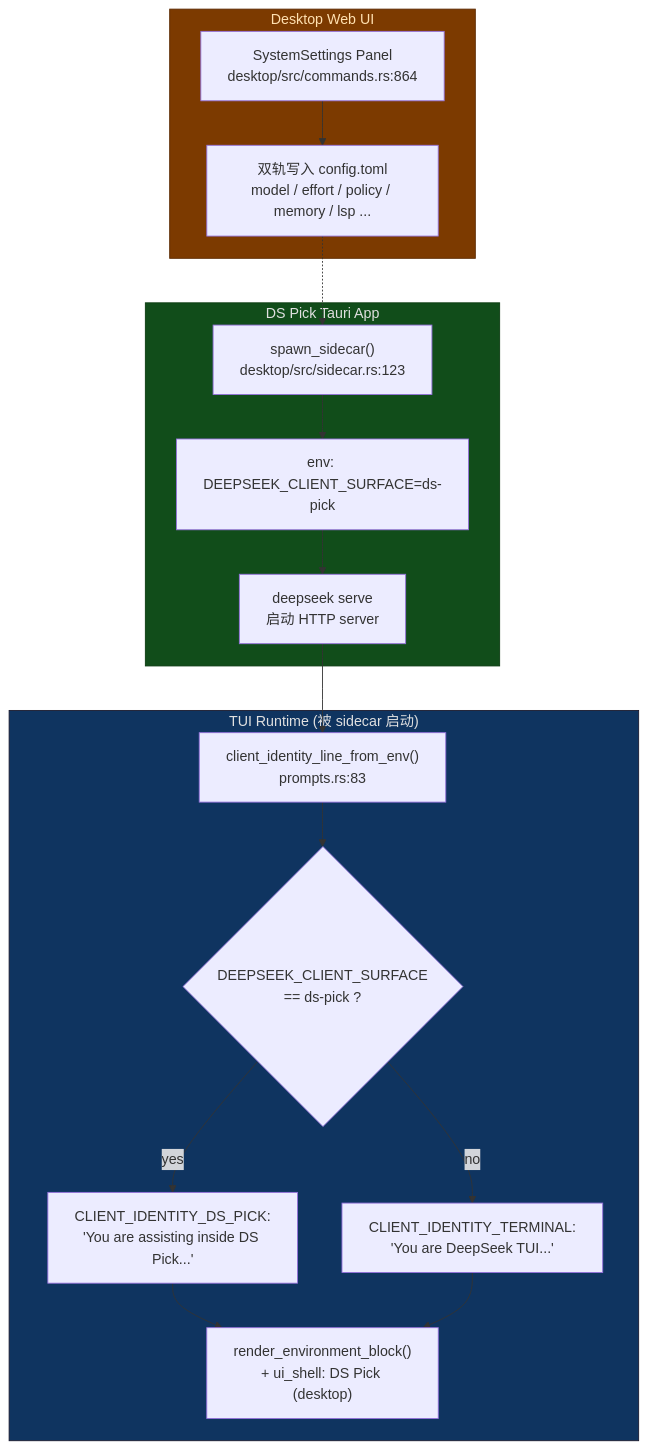
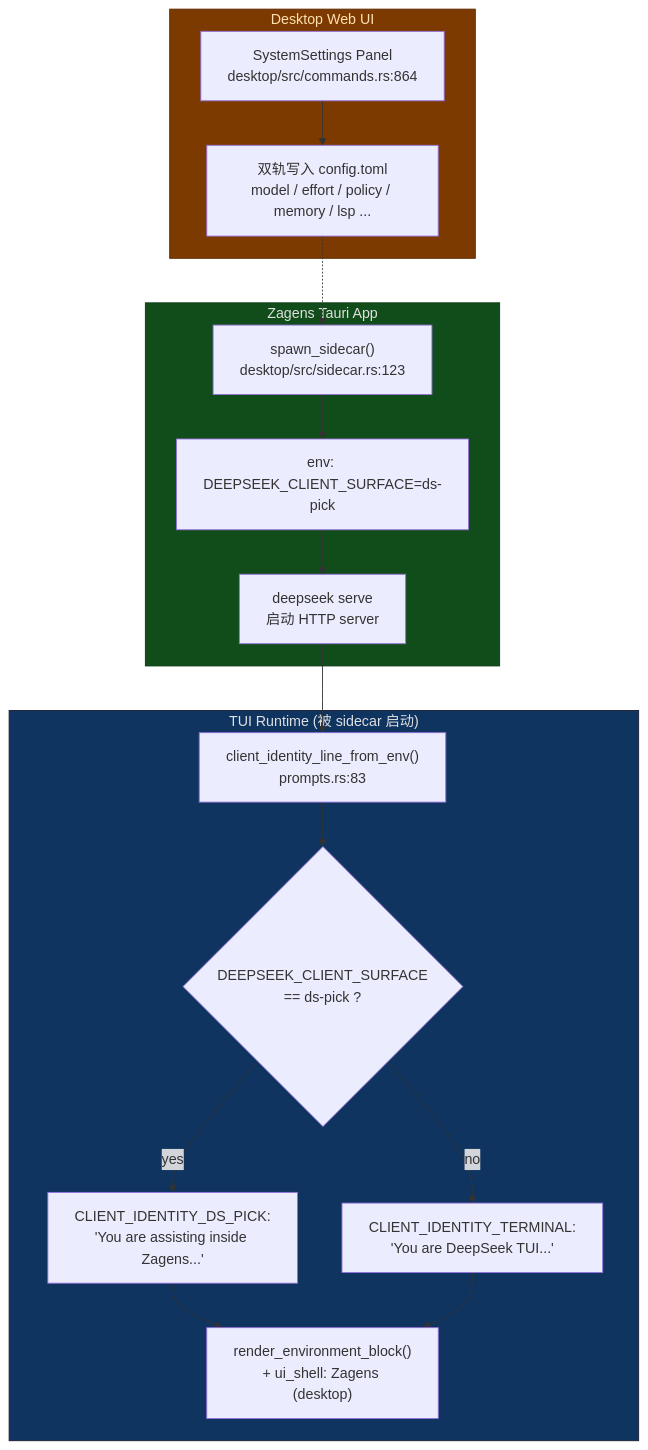
The sixth of 7 diagrams in docs/prompt-architecture.md (didclawapp-ai/zagens), drawn with Mermaid before and after one commit. The commit also changed other lines of this file and 104 other files, not shown here.

First line of the commit message:
Rebrand desktop product from DS Pick to Zagens.

````diff
--- a/docs/prompt-architecture.md
+++ b/docs/prompt-architecture.md
@@ -251,37 +251,37 @@
 ```mermaid
 flowchart TD
-    subgraph DESKTOP["DS Pick Tauri App"]
+    subgraph DESKTOP["Zagens Tauri App"]
         SIDECAR["spawn_sidecar()<br/>desktop/src/sidecar.rs:123"]
         ENV["env: DEEPSEEK_CLIENT_SURFACE=ds-pick"]
         SERVE["deepseek serve<br/>启动 HTTP server"]
     end
 
     subgraph TUI["TUI Runtime (被 sidecar 启动)"]
         DETECT["client_identity_line_from_env()<br/>prompts.rs:83"]
         SWITCH{"DEEPSEEK_CLIENT_SURFACE<br/>== ds-pick ?"}
-        ID_PICK["CLIENT_IDENTITY_DS_PICK:<br/>'You are assisting inside DS Pick...'"]
+        ID_PICK["CLIENT_IDENTITY_DS_PICK:<br/>'You are assisting inside Zagens...'"]
         ID_TUI["CLIENT_IDENTITY_TERMINAL:<br/>'You are DeepSeek TUI...'"]
-        ENV_BLOCK["render_environment_block()<br/>+ ui_shell: DS Pick (desktop)"]
+        ENV_BLOCK["render_environment_block()<br/>+ ui_shell: Zagens (desktop)"]
     end
 
     subgraph WEB["Desktop Web UI"]
         PANEL["SystemSettings Panel<br/>desktop/src/commands.rs:864"]
         SYNC["双轨写入 config.toml<br/>model / effort / policy / memory / lsp ..."]
     end
 
     SIDECAR --> ENV
     ENV --> SERVE
     SERVE --> DETECT
     DETECT --> SWITCH
     SWITCH -->|yes| ID_PICK
     SWITCH -->|no| ID_TUI
     ID_PICK --> ENV_BLOCK
     ID_TUI --> ENV_BLOCK
 
     PANEL --> SYNC
     SYNC -.-> SIDECAR
 
     style DESKTOP fill:#114d1a,stroke:#0a3a10,color:#e0e0e0
     style TUI fill:#0f3460,stroke:#1a1a2e,color:#e0e0e0
     style WEB fill:#7c3a00,stroke:#5c2a00,color:#ffe0b0
 ```
````
